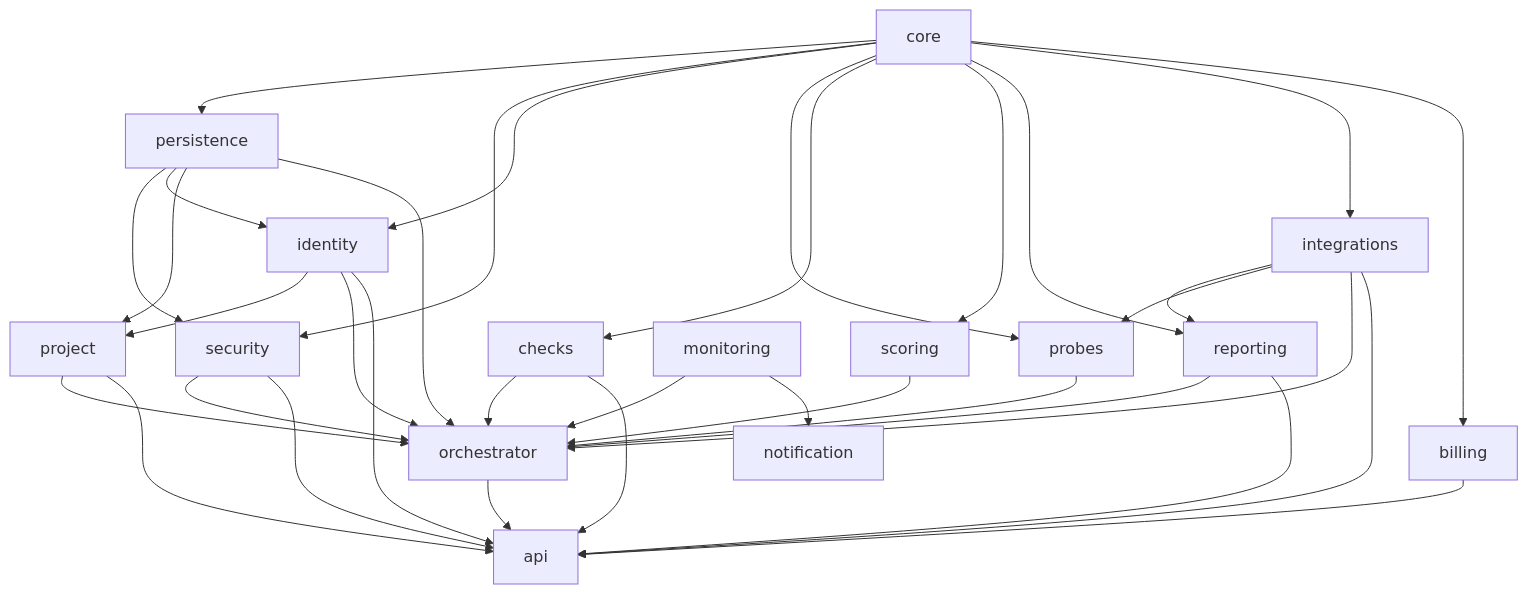
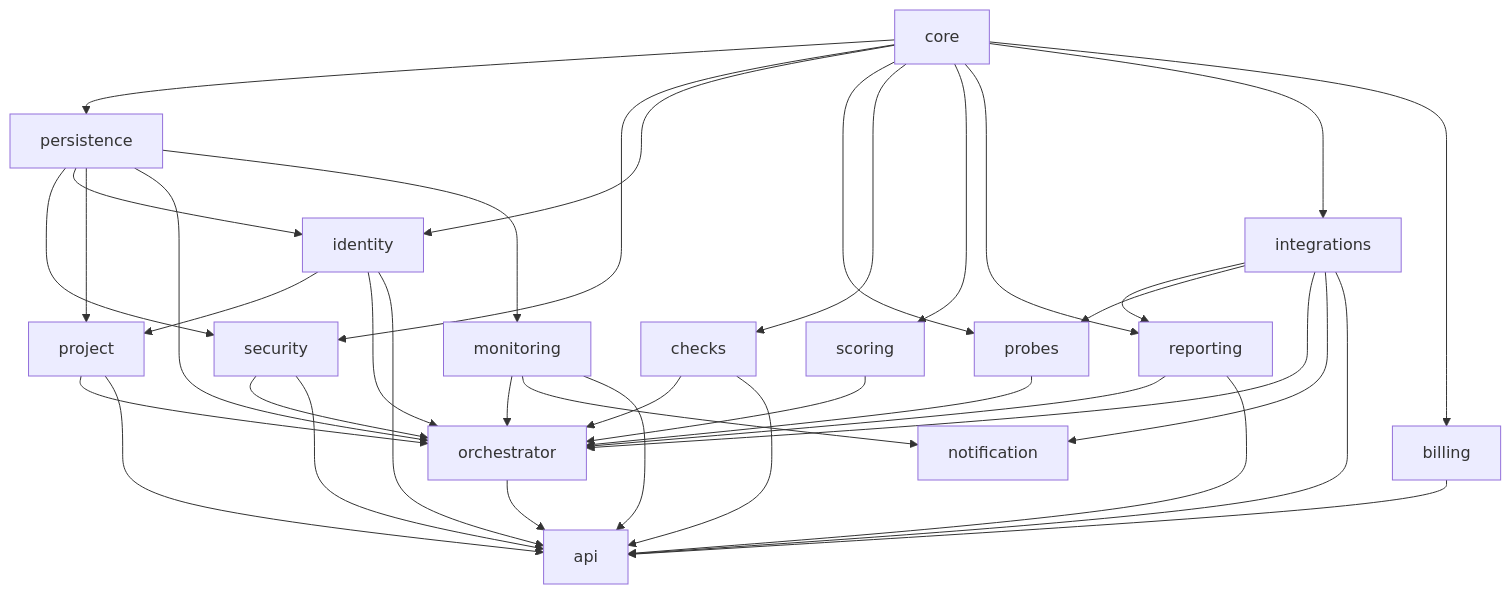
One commit to xsmartbartx/Viglio changed the first of 2 diagrams in docs/modules.md. Above: the diagram before and after it, drawn with Mermaid. The commit also changed other lines of this file and 6 other files, not shown here.

````diff
--- a/docs/modules.md
+++ b/docs/modules.md
@@ -18,53 +18,56 @@
 ```mermaid
 flowchart TD
     CORE[core]
     PERSIST[persistence]
     SEC[security]
     IDENTITY[identity]
     PROJECT[project]
     PROBES[probes]
     CHECKS[checks]
     SCORING[scoring]
     REPORTING[reporting]
     INTEG[integrations]
     ORCH[orchestrator]
     MONITOR[monitoring]
     NOTIFY[notification]
     BILLING[billing]
     API[api]
 
     CORE --> PERSIST
     CORE --> SEC
     CORE --> IDENTITY
     CORE --> PROBES
     CORE --> CHECKS
     CORE --> SCORING
     CORE --> REPORTING
     CORE --> INTEG
     INTEG --> REPORTING
     PERSIST --> SEC
     PERSIST --> IDENTITY
     PERSIST --> PROJECT
     PERSIST --> ORCH
     IDENTITY --> PROJECT
     IDENTITY --> ORCH
     PROJECT --> ORCH
     SEC --> ORCH
     PROBES --> ORCH
     CHECKS --> ORCH
     SCORING --> ORCH
     REPORTING --> ORCH
     INTEG --> PROBES
     INTEG --> ORCH
     ORCH --> API
     SEC --> API
     IDENTITY --> API
     PROJECT --> API
     CHECKS --> API
     REPORTING --> API
+    PERSIST --> MONITOR
     MONITOR --> ORCH
     MONITOR --> NOTIFY
+    MONITOR --> API
+    INTEG --> NOTIFY
     CORE --> BILLING
     BILLING --> API
     INTEG --> API
 ```
````
